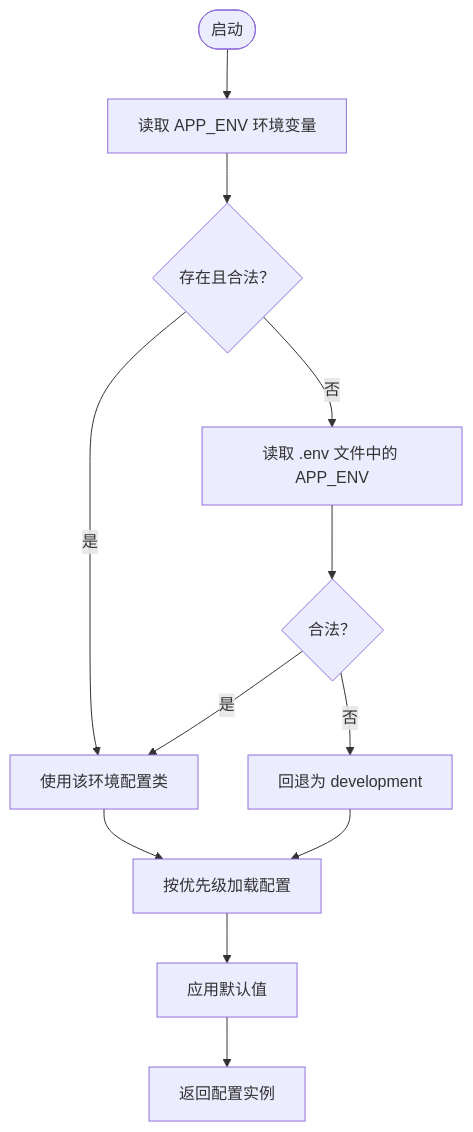
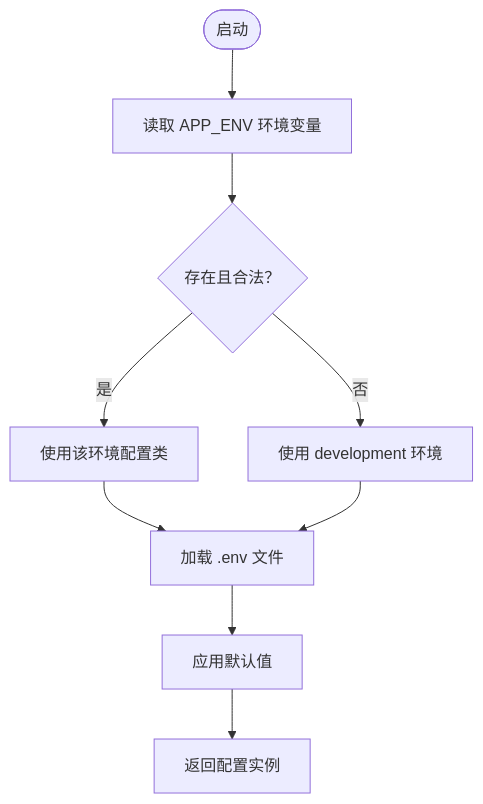
One commit to taoweidong/Hello-FastApi changed the third of 5 diagrams in .qoder/repowiki/zh/content/后端架构设计/配置管理系统.md. Above: the diagram before and after it, drawn with Mermaid. The commit also changed other lines of this file and 50 other files, not shown here.

````diff
--- a/.qoder/repowiki/zh/content/后端架构设计/配置管理系统.md
+++ b/.qoder/repowiki/zh/content/后端架构设计/配置管理系统.md
@@ -184,14 +198,11 @@
 ```mermaid
 flowchart TD
 Start(["启动"]) --> ReadEnvVar["读取 APP_ENV 环境变量"]
 ReadEnvVar --> HasEnv{"存在且合法？"}
 HasEnv --> |是| UseEnv["使用该环境配置类"]
-HasEnv --> |否| ReadDotEnv["读取 .env 文件中的 APP_ENV"]
-ReadDotEnv --> ValidEnv{"合法？"}
-ValidEnv --> |是| UseEnv
-ValidEnv --> |否| DefaultDev["回退为 development"]
-UseEnv --> LoadOrder["按优先级加载配置"]
-DefaultDev --> LoadOrder
-LoadOrder --> ApplyDefaults["应用默认值"]
+HasEnv --> |否| DefaultDev["使用 development 环境"]
+UseEnv --> LoadDotEnv["加载 .env 文件"]
+DefaultDev --> LoadDotEnv
+LoadDotEnv --> ApplyDefaults["应用默认值"]
 ApplyDefaults --> Instance["返回配置实例"]
 ```
````
